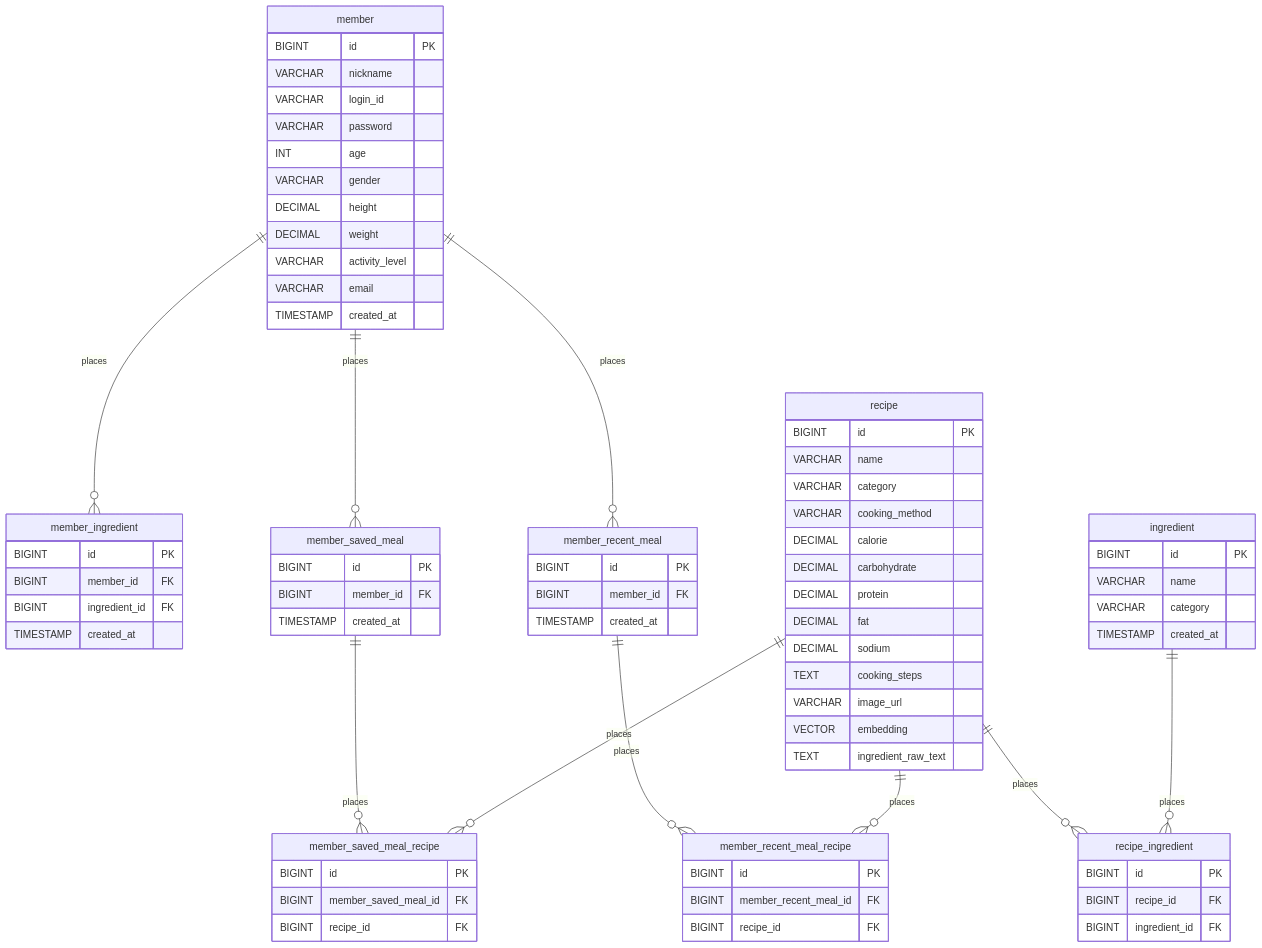
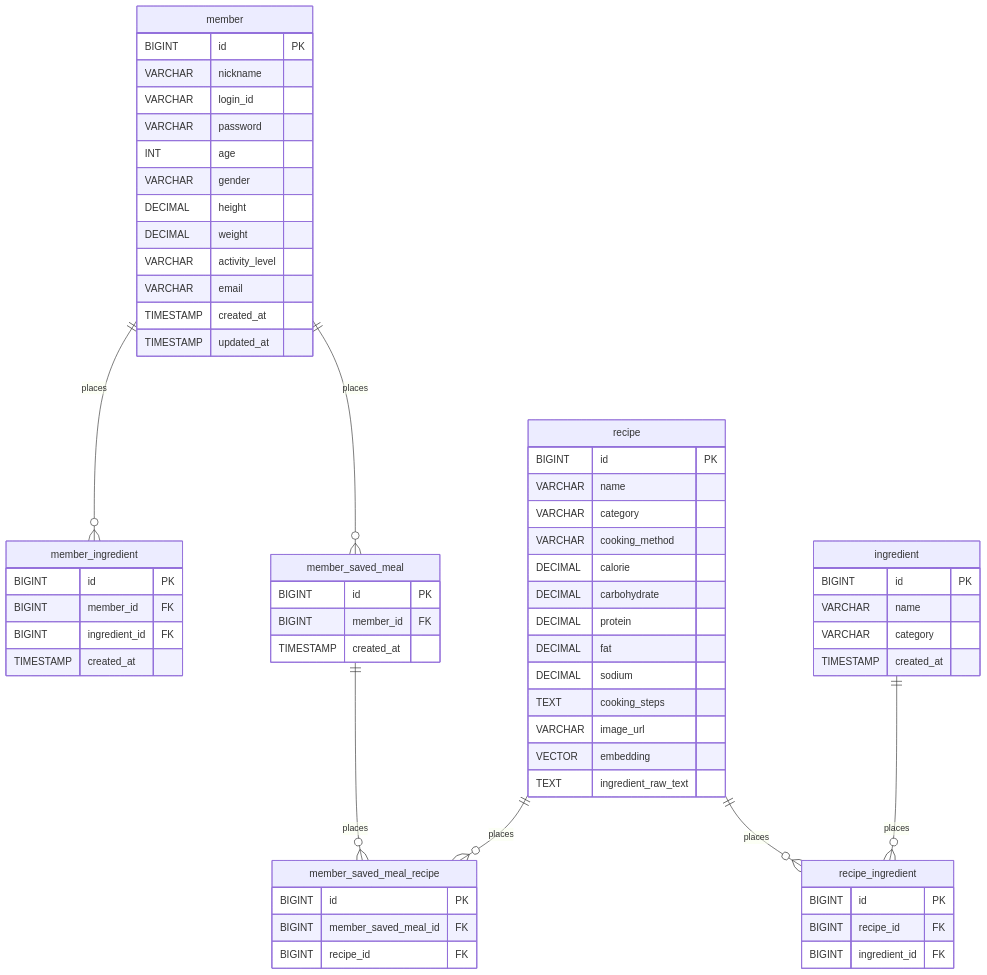
The second of 2 diagrams in docs/ERD.md (hg-proj/mealgram), drawn with Mermaid before and after one commit. The commit also changed other lines of this file and 1 other file, not shown here.

Commit message:
docs: ERD, 컨벤션 문서 보완 (#6)

```diff
--- a/docs/ERD.md
+++ b/docs/ERD.md
@@ -56,12 +51,6 @@
     recipe ||--o{ recipe_ingredient : places
     %% 재료 - 레시피재료: 1:N
     ingredient ||--o{ recipe_ingredient : places
-    %% 회원 - 회원최근추천식단: 1:N
-    member ||--o{ member_recent_meal : places
-    %% 회원최근추천식단 - 회원최근추천식단레시피: 1:N
-    member_recent_meal ||--o{ member_recent_meal_recipe : places
-    %% 레시피 - 회원최근추천식단레시피: 1:N
-    recipe ||--o{ member_recent_meal_recipe : places
 
 
 
@@ -84,6 +73,7 @@
         VARCHAR activity_level 
         VARCHAR email
         TIMESTAMP created_at 
+        TIMESTAMP updated_at
     }
 
     member_ingredient  {
@@ -102,18 +92,6 @@
     member_saved_meal_recipe {
         BIGINT id PK
         BIGINT member_saved_meal_id FK 
-        BIGINT recipe_id FK 
-    }
-
-    member_recent_meal {
-        BIGINT id PK
-        BIGINT member_id FK 
-        TIMESTAMP created_at 
-    }
-
-    member_recent_meal_recipe {
-        BIGINT id PK
-        BIGINT member_recent_meal_id FK 
         BIGINT recipe_id FK 
     }
 
```
